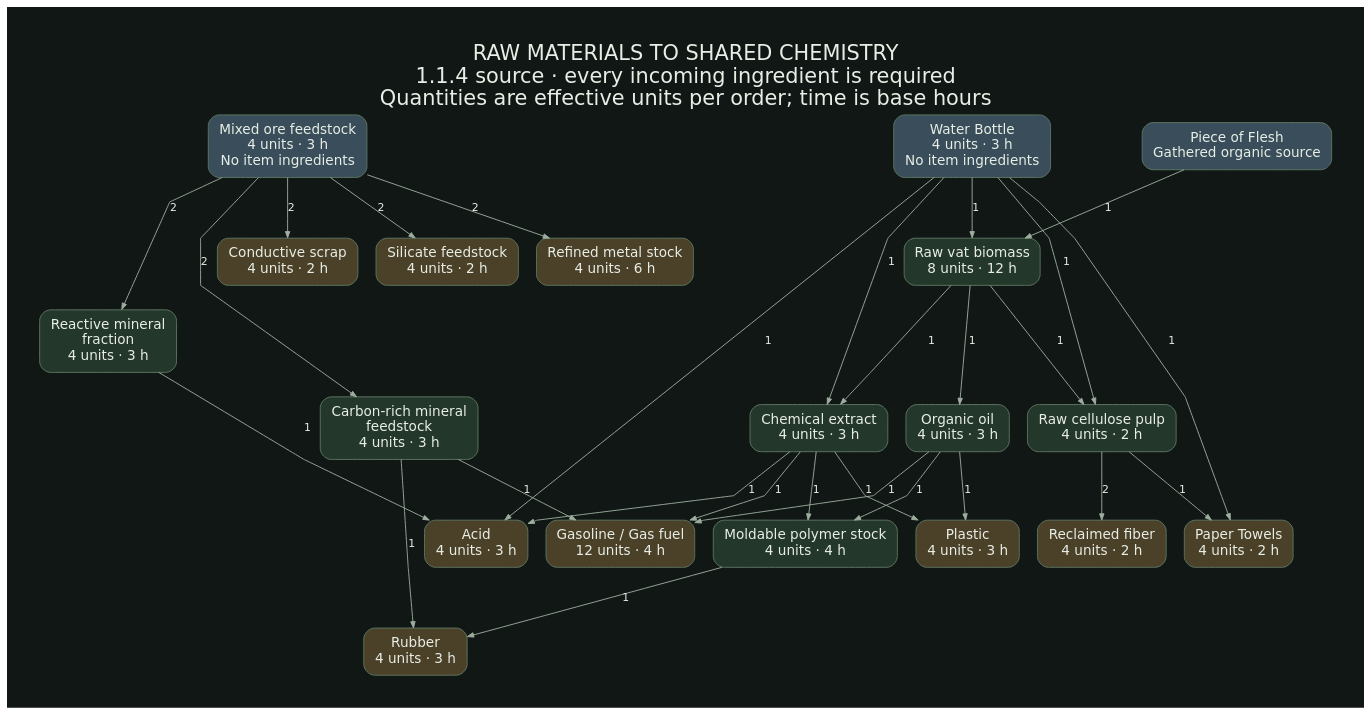
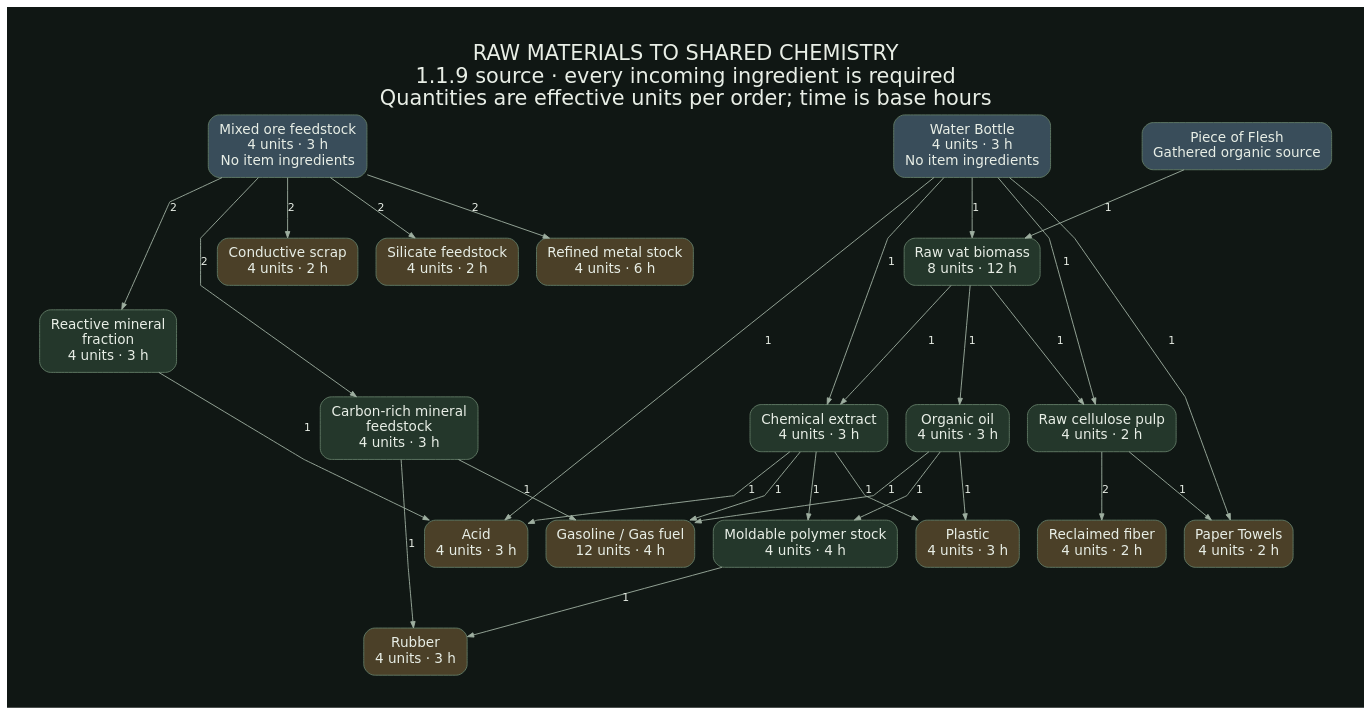
The diagram in docs/crafting/raw-material-overview.dot (mrcalzon02/ImperiumOfMan), drawn with Graphviz before and after one commit. The commit also changed 13 other files, not shown here.

```diff
--- a/docs/crafting/raw-material-overview.dot
+++ b/docs/crafting/raw-material-overview.dot
@@ -1,55 +1,55 @@
 digraph Chemistry {
 graph [rankdir=TB,bgcolor="#101714",pad="0.5",nodesep="0.28",ranksep="0.75",splines=polyline,
 fontname="DejaVu Sans",fontcolor="#e8eee6",fontsize=23,labelloc=t,
-label="RAW MATERIALS TO SHARED CHEMISTRY\n1.1.4 source · every incoming ingredient is required\nQuantities are effective units per order; time is base hours"];
+label="RAW MATERIALS TO SHARED CHEMISTRY\n1.1.9 source · every incoming ingredient is required\nQuantities are effective units per order; time is base hours"];
 node [shape=box,style="rounded,filled",fillcolor="#24372b",color="#627b66",
 fontname="DejaVu Sans",fontcolor="#e8eee6",fontsize=15,margin="0.16,0.12"];
 edge [color="#9eafa0",fontname="DejaVu Sans",fontcolor="#e8eee6",fontsize=12,arrowsize=.7];
 "acid" [label="Acid\n4 units · 3 h",fillcolor="#4b4028"];
 "iom_chemical_extract" -> "acid" [label="1"];
 "iom_reactive_minerals" -> "acid" [label="1"];
 "water_bottle_1" -> "acid" [label="1"];
 "gas_ammo" [label="Gasoline / Gas fuel\n12 units · 4 h",fillcolor="#4b4028"];
 "iom_organic_oil" -> "gas_ammo" [label="1"];
 "iom_carbon_feedstock" -> "gas_ammo" [label="1"];
 "iom_chemical_extract" -> "gas_ammo" [label="1"];
 "human_meat" [label="Piece of Flesh\nGathered organic source",fillcolor="#394d5a"];
 "iom_carbon_feedstock" [label="Carbon-rich mineral\nfeedstock\n4 units · 3 h",fillcolor="#24372b"];
 "iom_metal_ore" -> "iom_carbon_feedstock" [label="2"];
 "iom_chemical_extract" [label="Chemical extract\n4 units · 3 h",fillcolor="#24372b"];
 "iom_raw_vat_biomass" -> "iom_chemical_extract" [label="1"];
 "water_bottle_1" -> "iom_chemical_extract" [label="1"];
 "iom_conductive_scrap" [label="Conductive scrap\n4 units · 2 h",fillcolor="#4b4028"];
 "iom_metal_ore" -> "iom_conductive_scrap" [label="2"];
 "iom_metal_ore" [label="Mixed ore feedstock\n4 units · 3 h\nNo item ingredients",fillcolor="#394d5a"];
 "iom_organic_oil" [label="Organic oil\n4 units · 3 h",fillcolor="#24372b"];
 "iom_raw_vat_biomass" -> "iom_organic_oil" [label="1"];
 "iom_polymer_stock" [label="Moldable polymer stock\n4 units · 4 h",fillcolor="#24372b"];
 "iom_organic_oil" -> "iom_polymer_stock" [label="1"];
 "iom_chemical_extract" -> "iom_polymer_stock" [label="1"];
 "iom_raw_cellulose_pulp" [label="Raw cellulose pulp\n4 units · 2 h",fillcolor="#24372b"];
 "iom_raw_vat_biomass" -> "iom_raw_cellulose_pulp" [label="1"];
 "water_bottle_1" -> "iom_raw_cellulose_pulp" [label="1"];
 "iom_raw_silicate" [label="Silicate feedstock\n4 units · 2 h",fillcolor="#4b4028"];
 "iom_metal_ore" -> "iom_raw_silicate" [label="2"];
 "iom_raw_vat_biomass" [label="Raw vat biomass\n8 units · 12 h",fillcolor="#24372b"];
 "human_meat" -> "iom_raw_vat_biomass" [label="1"];
 "water_bottle_1" -> "iom_raw_vat_biomass" [label="1"];
 "iom_reactive_minerals" [label="Reactive mineral\nfraction\n4 units · 3 h",fillcolor="#24372b"];
 "iom_metal_ore" -> "iom_reactive_minerals" [label="2"];
 "iom_reclaimed_fiber" [label="Reclaimed fiber\n4 units · 2 h",fillcolor="#4b4028"];
 "iom_raw_cellulose_pulp" -> "iom_reclaimed_fiber" [label="2"];
 "iom_refined_metal" [label="Refined metal stock\n4 units · 6 h",fillcolor="#4b4028"];
 "iom_metal_ore" -> "iom_refined_metal" [label="2"];
 "paper_towel" [label="Paper Towels\n4 units · 2 h",fillcolor="#4b4028"];
 "iom_raw_cellulose_pulp" -> "paper_towel" [label="1"];
 "water_bottle_1" -> "paper_towel" [label="1"];
 "plastic" [label="Plastic\n4 units · 3 h",fillcolor="#4b4028"];
 "iom_organic_oil" -> "plastic" [label="1"];
 "iom_chemical_extract" -> "plastic" [label="1"];
 "rubber" [label="Rubber\n4 units · 3 h",fillcolor="#4b4028"];
 "iom_polymer_stock" -> "rubber" [label="1"];
 "iom_carbon_feedstock" -> "rubber" [label="1"];
 "water_bottle_1" [label="Water Bottle\n4 units · 3 h\nNo item ingredients",fillcolor="#394d5a"];
 {rank=same; "human_meat"; "water_bottle_1"; "iom_metal_ore";}
 }
```
